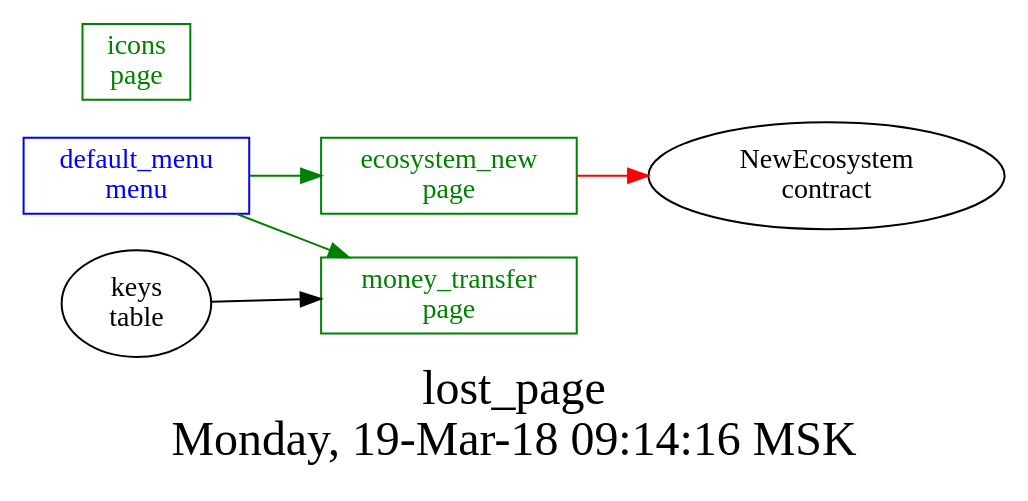
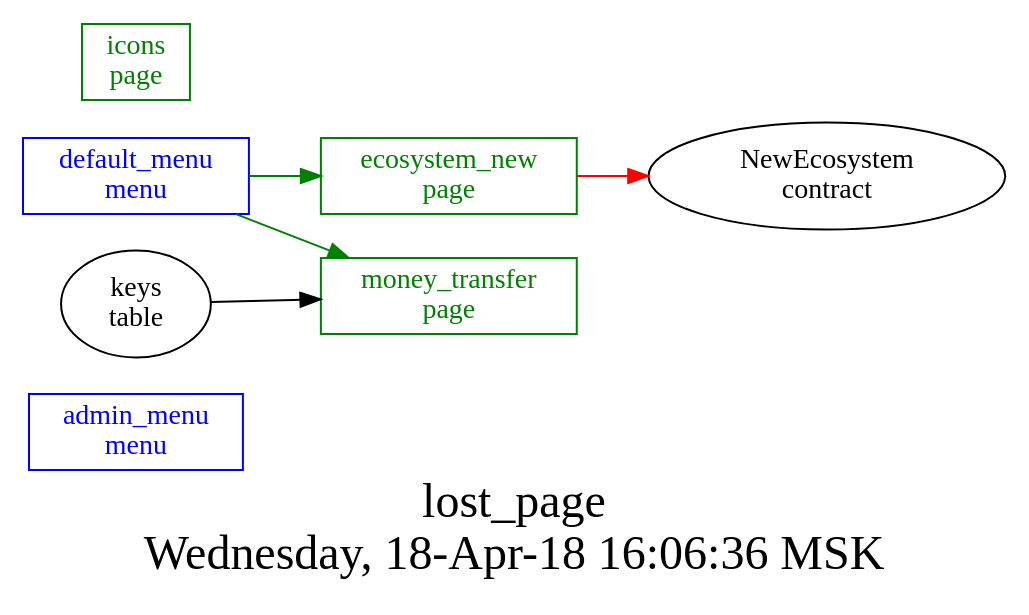
The diagram in src/lost_pages/struct.dot (AplaProject/apps), drawn with Graphviz before and after one commit. The commit also changed 2 other files, not shown here.

```diff
--- a/src/lost_pages/struct.dot
+++ b/src/lost_pages/struct.dot
@@ -1,18 +1,19 @@
 digraph G {
 graph [
   fontsize="24";
-  label="lost_page\nMonday, 19-Mar-18 09:14:16 MSK";
+  label="lost_page\nWednesday, 18-Apr-18 16:06:36 MSK";
   nojustify=true;
   ordering=out;
   rankdir=LR;
   size="30";
 ];
+"admin_menu\nmenu" [color=blue, fontcolor=blue, group=menus, shape=record];
 "default_menu\nmenu" -> "ecosystem_new\npage"  [ color=green ]
 "default_menu\nmenu" -> "money_transfer\npage"  [ color=green ]
 "default_menu\nmenu" [color=blue, fontcolor=blue, group=menus, shape=record];
 "ecosystem_new\npage" -> "NewEcosystem\ncontract"  [ color=red ]
 "ecosystem_new\npage" [color=green, fontcolor=green, group=pages, shape=record];
 "icons\npage" [color=green, fontcolor=green, group=pages, shape=record];
 "keys\ntable" -> "money_transfer\npage"  [ color="" ]
 "money_transfer\npage" [color=green, fontcolor=green, group=pages, shape=record];
 }
```
